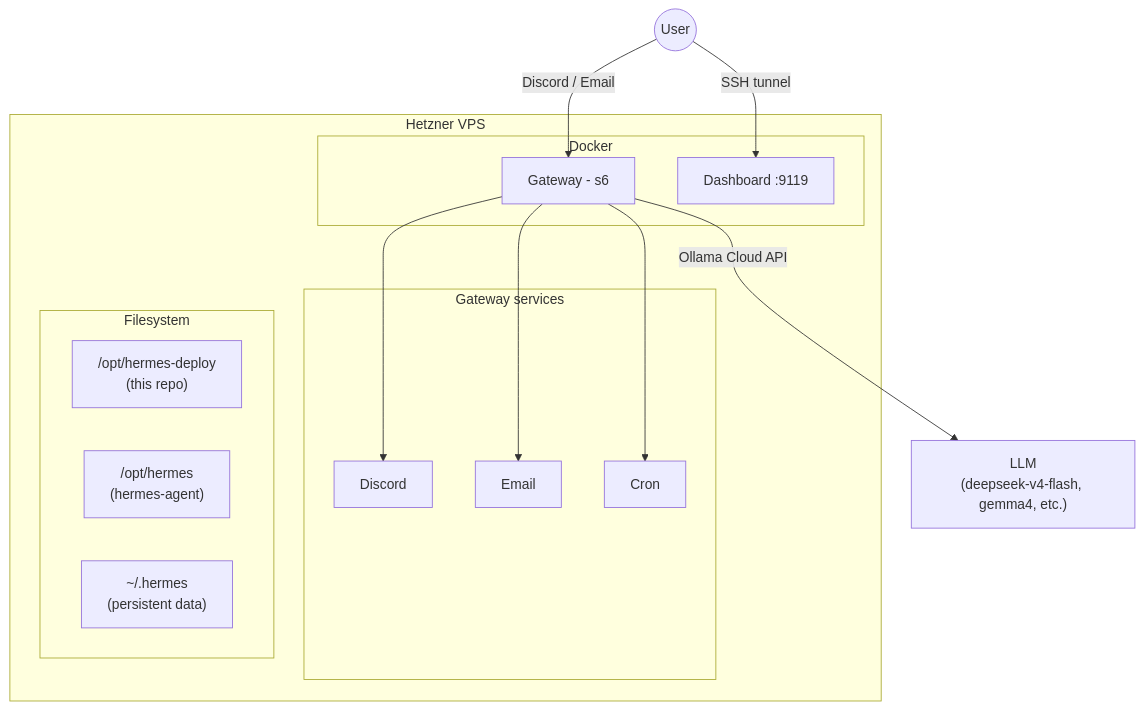
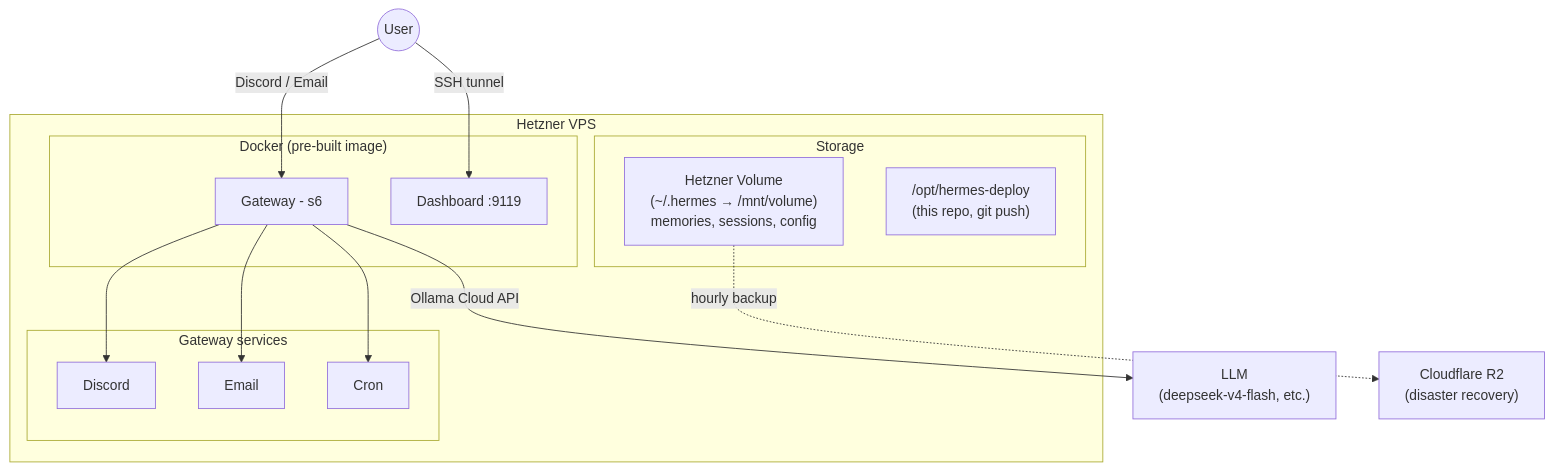
One commit to francescomucio/hermes-deploy changed the diagram in README.md. Above: the diagram before and after it, drawn with Mermaid. The commit also changed other lines of this file, not shown here.

First line of the commit message:
Update README for new architecture

````diff
--- a/README.md
+++ b/README.md
@@ -9,32 +9,32 @@
 ```mermaid
 graph TB
     User((User))
 
     User -->|Discord / Email| GW
     User -->|SSH tunnel| DB
 
     subgraph VPS[Hetzner VPS]
-        subgraph Docker
+        subgraph Docker["Docker (pre-built image)"]
             GW[Gateway - s6]
             DB[Dashboard :9119]
         end
 
         subgraph Services[Gateway services]
             Discord
             Email
             Cron
         end
 
-        subgraph Filesystem
-            REPO["/opt/hermes-deploy<br/>(this repo)"]
-            HERMES["/opt/hermes<br/>(hermes-agent)"]
-            DATA["~/.hermes<br/>(persistent data)"]
+        subgraph Storage
+            VOL["Hetzner Volume<br/>(~/.hermes → /mnt/volume)<br/>memories, sessions, config"]
+            REPO["/opt/hermes-deploy<br/>(this repo, git push)"]
         end
 
         GW --> Discord
         GW --> Email
         GW --> Cron
     end
 
-    GW -->|Ollama Cloud API| LLM["LLM<br/>(deepseek-v4-flash, gemma4, etc.)"]
+    GW -->|Ollama Cloud API| LLM["LLM<br/>(deepseek-v4-flash, etc.)"]
+    VOL -.->|hourly backup| R2["Cloudflare R2<br/>(disaster recovery)"]
 ```
````
